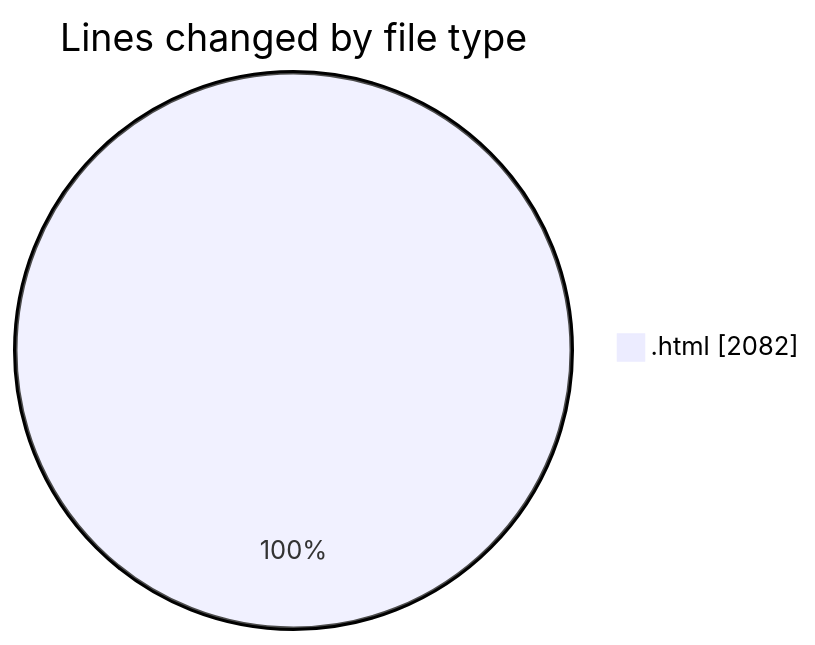
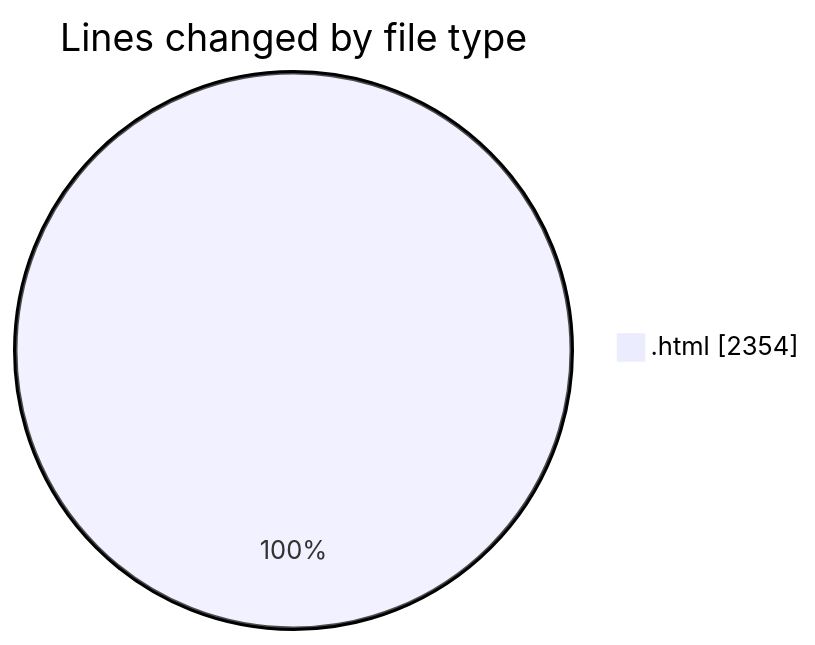
One commit to LanceThiago/code-tracking changed the first of 2 diagrams in 2025-04-28/enre_-_calculadora_de_consumo_v_2022_files/README.md. Above: the diagram before and after it, drawn with Mermaid. The commit also changed other lines of this file and 1 other file, not shown here.

````diff
--- a/2025-04-28/enre_-_calculadora_de_consumo_v_2022_files/README.md
+++ b/2025-04-28/enre_-_calculadora_de_consumo_v_2022_files/README.md
@@ -20,5 +20,5 @@
 ```mermaid
 pie showData
 title Lines changed by file type
-".html" : 2082
+".html" : 2354
 ```
````
